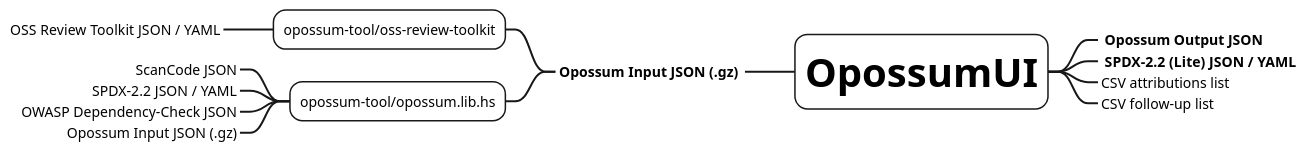
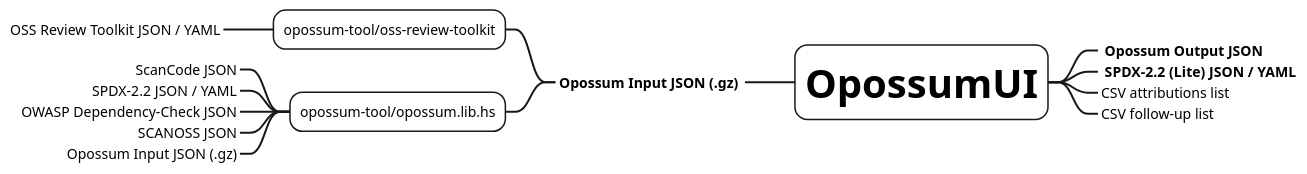
The diagram in docs/integration.puml (opossum-tool/OpossumUI), drawn with PlantUML before and after one commit. The commit also changed 3 other files, not shown here.

```diff
--- a/docs/integration.puml
+++ b/docs/integration.puml
@@ -1,41 +1,42 @@
 @startmindmap
 <style>
 mindmapDiagram {
   node {
     BackgroundColor white
     ' Shadowing 0.0
   }
   arrow {
     ' LineStyle 4
     LineThickness 2
     ' LineColor green
   }
   :depth(0) {
     FontSize 40
   }
   :depth(1) {
       BackGroundColor white
   }
   ' boxless {
   '   FontColor darkgreen
   ' }
   .todo {
     FontColor gray
   }
 }
 </style>
 * <b>OpossumUI</b>
 --_ <b> Opossum Input JSON (.gz) </b>
 --- opossum-tool/oss-review-toolkit
 ----_ OSS Review Toolkit JSON / YAML
 --- opossum-tool/opossum.lib.hs
 ----_ ScanCode JSON
 ----_ SPDX-2.2 JSON / YAML
 ----_ OWASP Dependency-Check JSON
+----_ SCANOSS JSON
 ----_ Opossum Input JSON (.gz)
 ' --_ SPDX-2.2 JSON / YAML <<todo>>
 ++_ <b> Opossum Output JSON </b>
 ++_ <b> SPDX-2.2 (Lite) JSON / YAML </b>
 ++_ CSV attributions list
 ++_ CSV follow-up list
 @endmindmap
```
